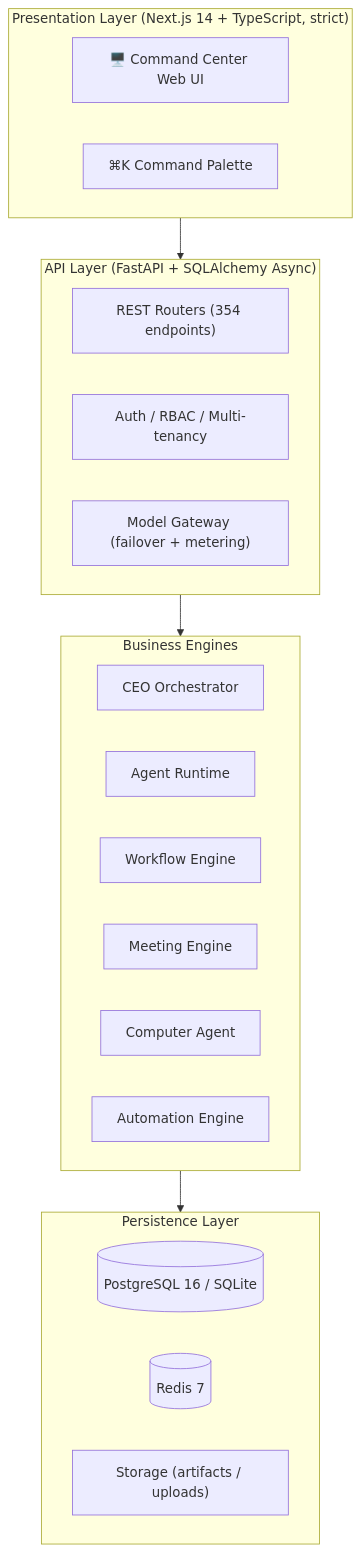
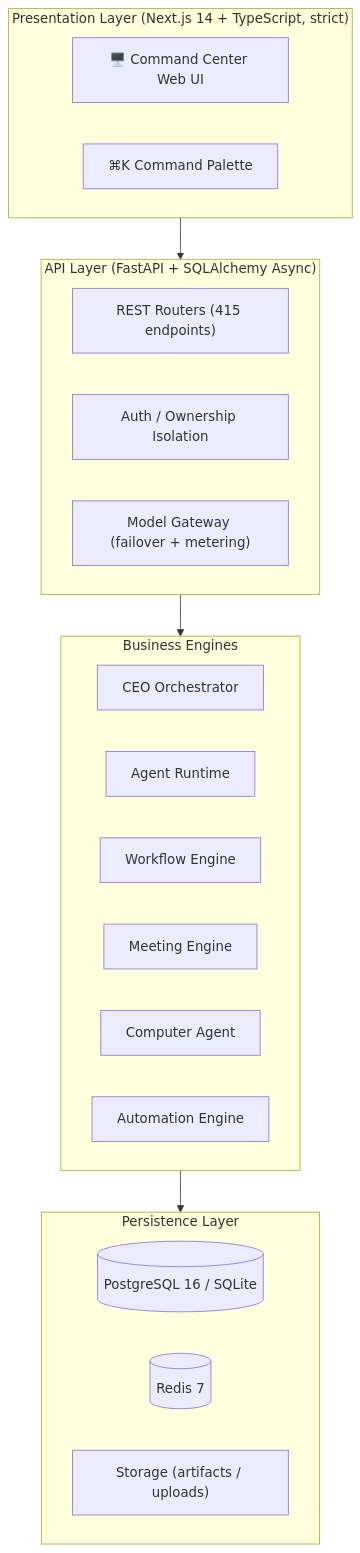
Before and after one commit to yimuhub/ai-eos: the diagram in README.md, drawn with Mermaid. The commit also changed other lines of this file and 134 other files, not shown here.

````diff
--- a/README.md
+++ b/README.md
@@ -76,32 +78,32 @@
 ```mermaid
 flowchart TD
     subgraph UI["Presentation Layer (Next.js 14 + TypeScript, strict)"]
         Web["🖥️ Command Center Web UI"]
         Palette["⌘K Command Palette"]
     end
 
     subgraph API["API Layer (FastAPI + SQLAlchemy Async)"]
-        Router["REST Routers (354 endpoints)"]
-        Auth["Auth / RBAC / Multi-tenancy"]
+        Router["REST Routers (415 endpoints)"]
+        Auth["Auth / Ownership Isolation"]
         Gateway["Model Gateway (failover + metering)"]
     end
 
     subgraph Engines["Business Engines"]
         Orchestrator["CEO Orchestrator"]
         Runtime["Agent Runtime"]
         Workflow["Workflow Engine"]
         Meetings["Meeting Engine"]
         Computer["Computer Agent"]
         Automation["Automation Engine"]
     end
 
     subgraph Storage["Persistence Layer"]
         DB[("PostgreSQL 16 / SQLite")]
         Redis[("Redis 7")]
         Files["Storage (artifacts / uploads)"]
     end
 
     UI --> API
     API --> Engines
     Engines --> Storage
 ```
````
